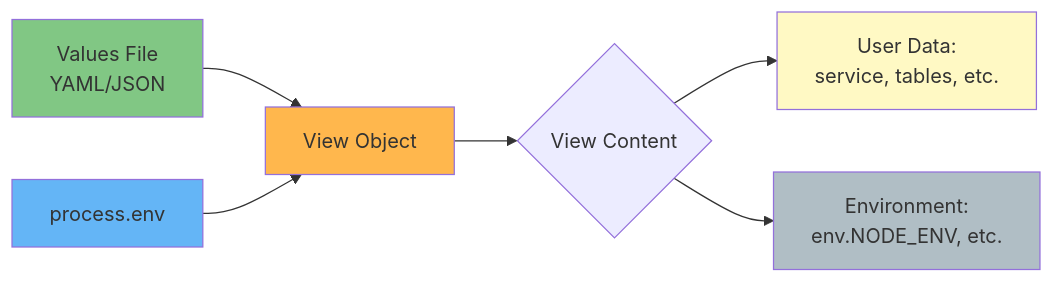
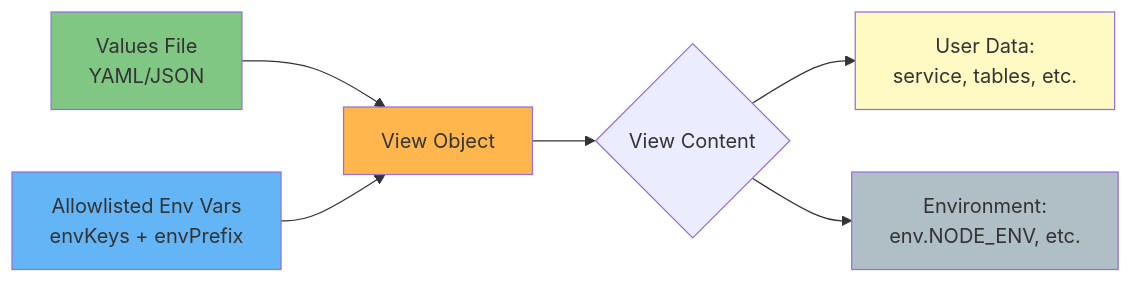
Before and after one commit to nci-gis/js-tmpl: the third of 9 diagrams in docs/WORKFLOW.md, drawn with Mermaid. The commit also changed other lines of this file and 26 other files, not shown here.

First line of the commit message:
feat: add environment variable allowlisting with envKeys and envPrefix

````diff
--- a/docs/WORKFLOW.md
+++ b/docs/WORKFLOW.md
@@ -77,15 +77,15 @@
 ```mermaid
 graph LR
     A[Values File<br/>YAML/JSON] --> C[View Object]
-    B[process.env] --> C
+    B[Allowlisted Env Vars<br/>envKeys + envPrefix] --> C
 
     C --> D{View Content}
     D --> E[User Data:<br/>service, tables, etc.]
     D --> F[Environment:<br/>env.NODE_ENV, etc.]
 
     style A fill:#81c784
     style B fill:#64b5f6
     style C fill:#ffb74d
     style E fill:#fff9c4
     style F fill:#b0bec5
 ```
````
